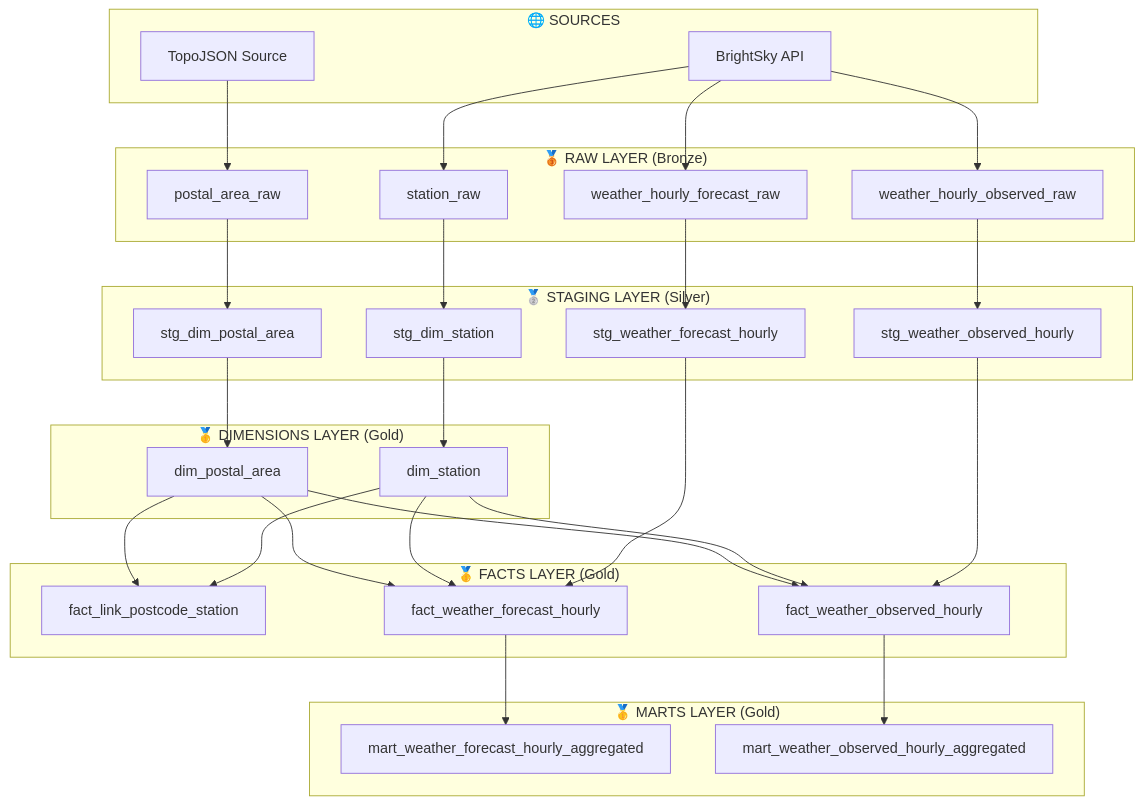
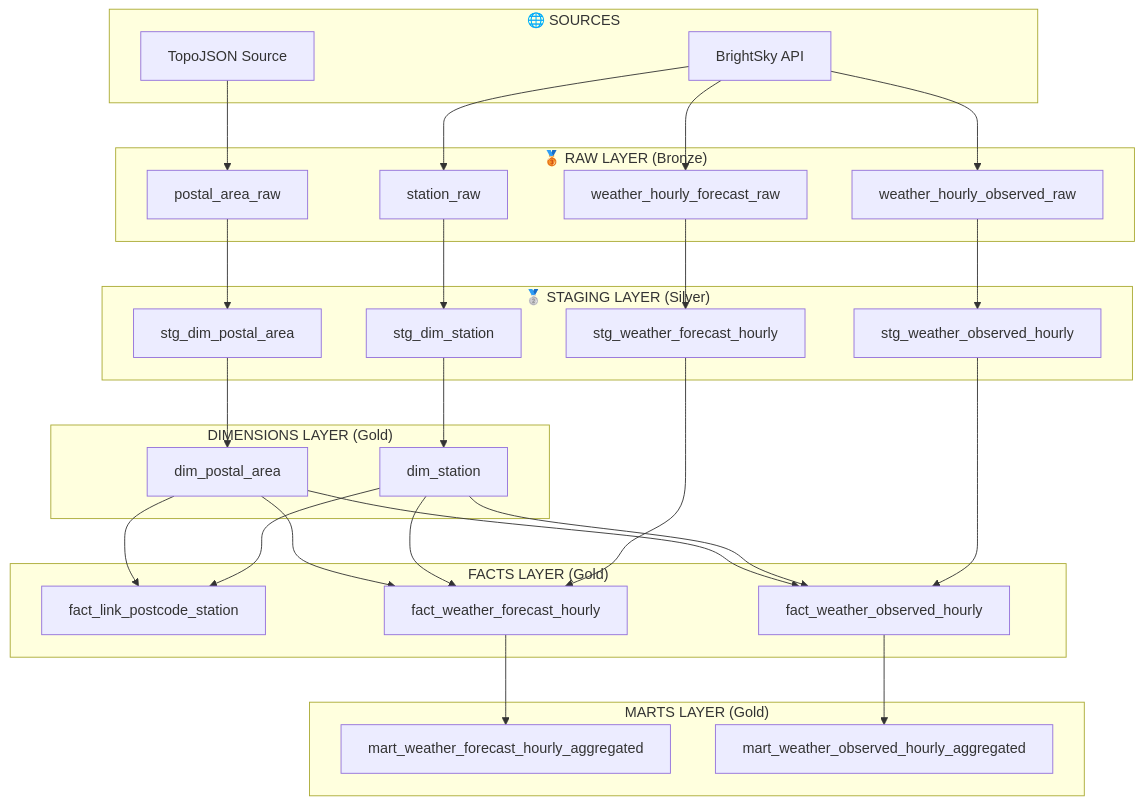
One commit to akashganguly7/weather-observations-and-forecasting changed the first of 2 diagrams in README.md. Above: the diagram before and after it, drawn with Mermaid. The commit also changed other lines of this file, not shown here.

````diff
--- a/README.md
+++ b/README.md
@@ -72,70 +92,70 @@
 ```mermaid
 graph TD
     %% External Sources (Bronze)
     subgraph "🌐 SOURCES"
         A[BrightSky API]
         E[TopoJSON Source]
     end
     
     %% Raw Layer (Bronze)
     subgraph "🥉 RAW LAYER (Bronze)"
         B[weather_hourly_observed_raw]
         C[weather_hourly_forecast_raw]
         D[station_raw]
         F[postal_area_raw]
     end
     
     %% Staging Layer (Silver)
     subgraph "🥈 STAGING LAYER (Silver)"
         G[stg_weather_observed_hourly]
         H[stg_weather_forecast_hourly]
         I[stg_dim_station]
         J[stg_dim_postal_area]
     end
     
     %% Dimensions Layer (Gold)
-    subgraph "🥇 DIMENSIONS LAYER (Gold)"
+    subgraph "DIMENSIONS LAYER (Gold)"
         K[dim_station]
         L[dim_postal_area]
     end
     
     %% Facts Layer (Gold)
-    subgraph "🥇 FACTS LAYER (Gold)"
+    subgraph "FACTS LAYER (Gold)"
         M[fact_link_postcode_station]
         N[fact_weather_observed_hourly]
         O[fact_weather_forecast_hourly]
     end
     
     %% Marts Layer (Gold)
-    subgraph "🥇 MARTS LAYER (Gold)"
+    subgraph "MARTS LAYER (Gold)"
         P[mart_weather_forecast_hourly_aggregated]
         Q[mart_weather_observed_hourly_aggregated]
     end
     
     %% Flow connections
     A --> B
     A --> C
     A --> D
     E --> F
     
     B --> G
     C --> H
     D --> I
     F --> J
     
     I --> K
     J --> L
     
     K --> M
     L --> M
     
     G --> N
     H --> O
     K --> N
     K --> O
     L --> N
     L --> O
     
     O --> P
     N --> Q
 ```
````
